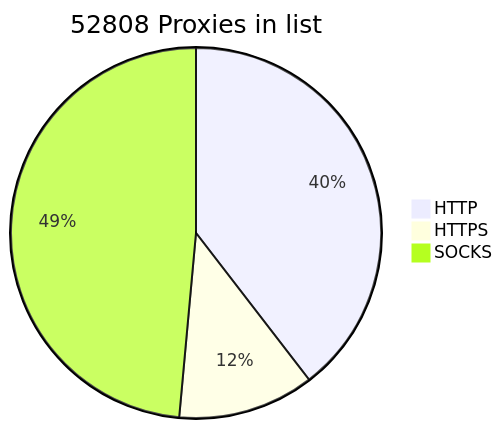
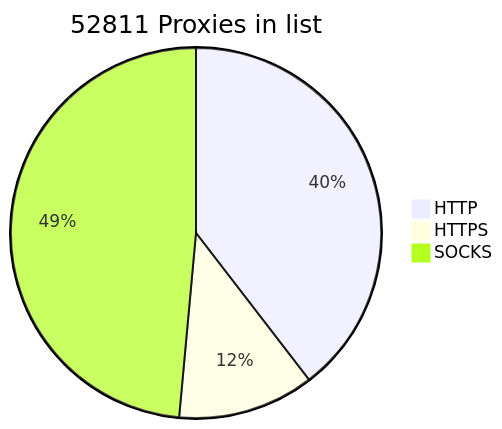
One commit to BlackSnowDot/proxylist-update-every-minute changed the diagram in README.md. Above: the diagram before and after it, drawn with Mermaid.

````diff
--- a/README.md
+++ b/README.md
@@ -2,6 +2,6 @@
 ```mermaid
-pie title 52808 Proxies in list
-    "HTTP" : 23281
+pie title 52811 Proxies in list
+    "HTTP" : 23287
     "HTTPS": 7008
     "SOCKS" : 28583
 ```
````
